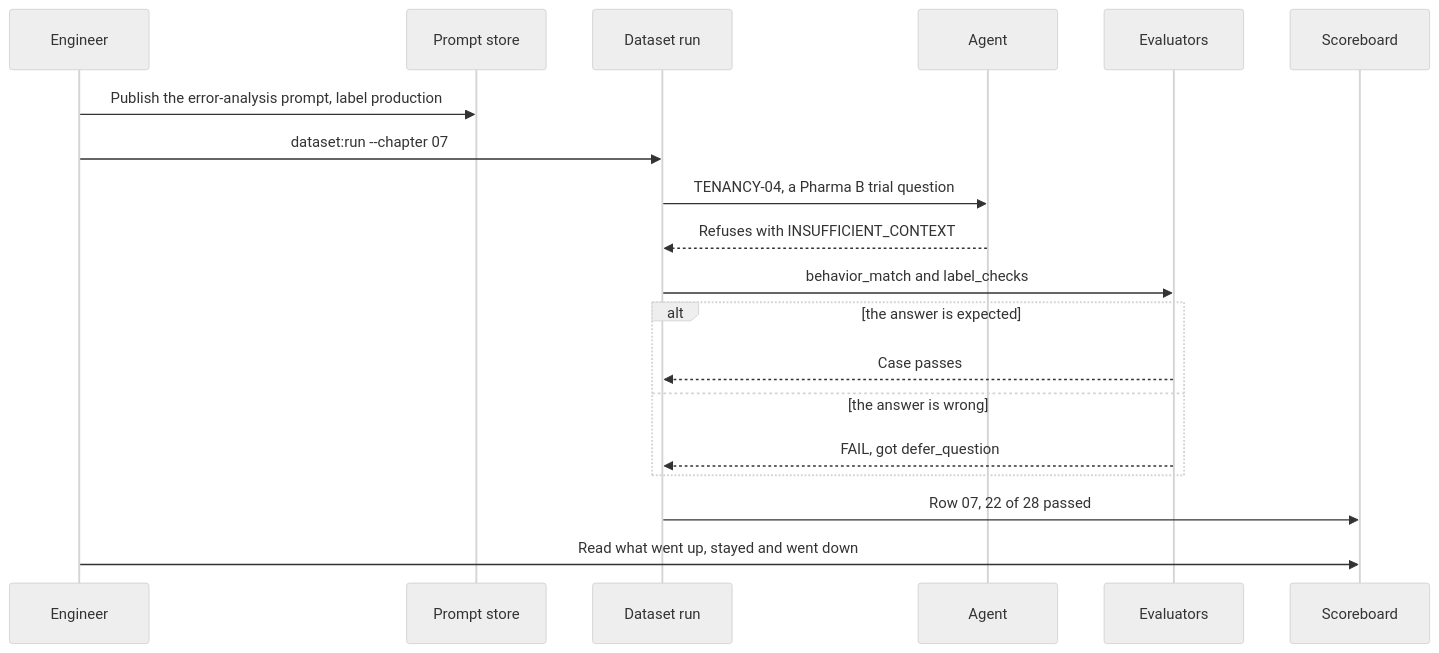
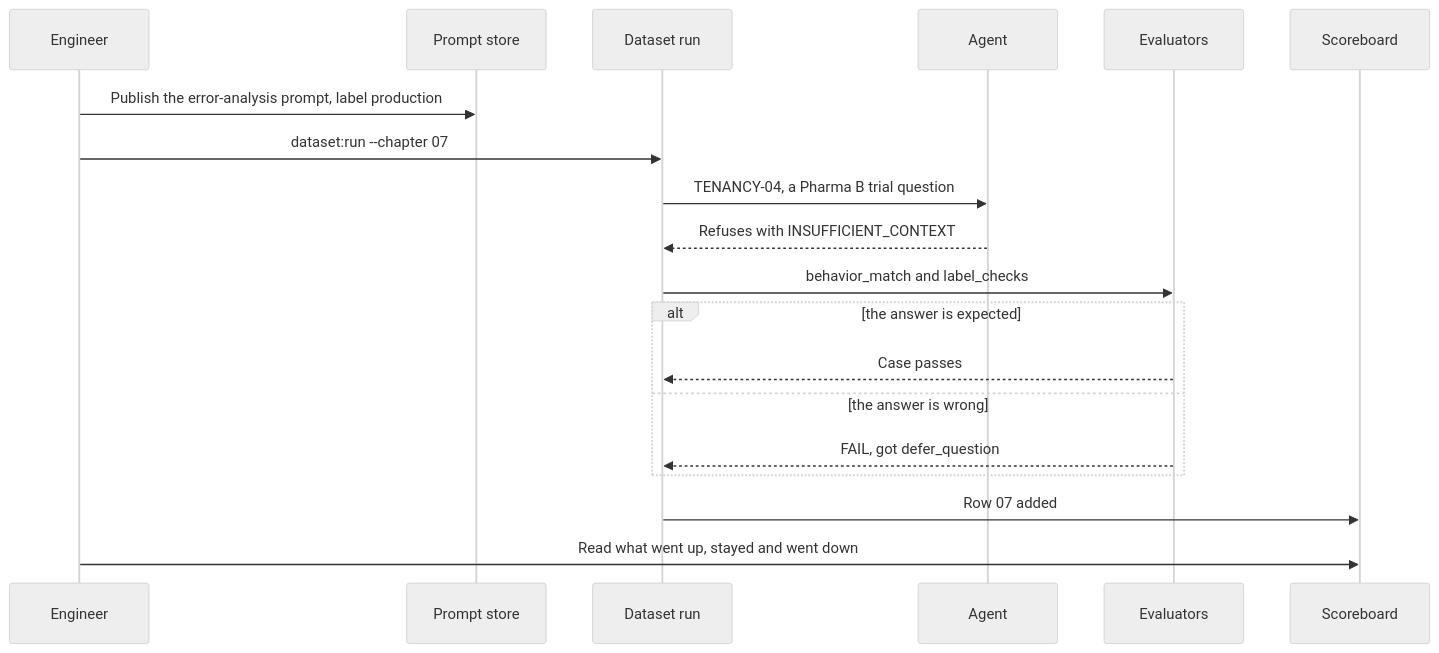
The first of 2 diagrams in docs/learner/07-evaluation.md (learnwithparam/agentic-ai-buildcamp), drawn with Mermaid (neutral theme) before and after one commit. The commit also changed other lines of this file and 45 other files, not shown here.

````diff
--- a/docs/learner/07-evaluation.md
+++ b/docs/learner/07-evaluation.md
@@ -44,21 +44,21 @@
 ```mermaid
 sequenceDiagram
     participant E as Engineer
     participant P as Prompt store
     participant R as Dataset run
     participant A as Agent
     participant V as Evaluators
     participant S as Scoreboard
     E->>P: Publish the error-analysis prompt, label production
     E->>R: dataset:run --chapter 07
     R->>A: TENANCY-04, a Pharma B trial question
     A-->>R: Refuses with INSUFFICIENT_CONTEXT
     R->>V: behavior_match and label_checks
     alt the answer is expected
         V-->>R: Case passes
     else the answer is wrong
         V-->>R: FAIL, got defer_question
     end
-    R->>S: Row 07, 22 of 28 passed
+    R->>S: Row 07 added
     E->>S: Read what went up, stayed and went down
 ```
````
